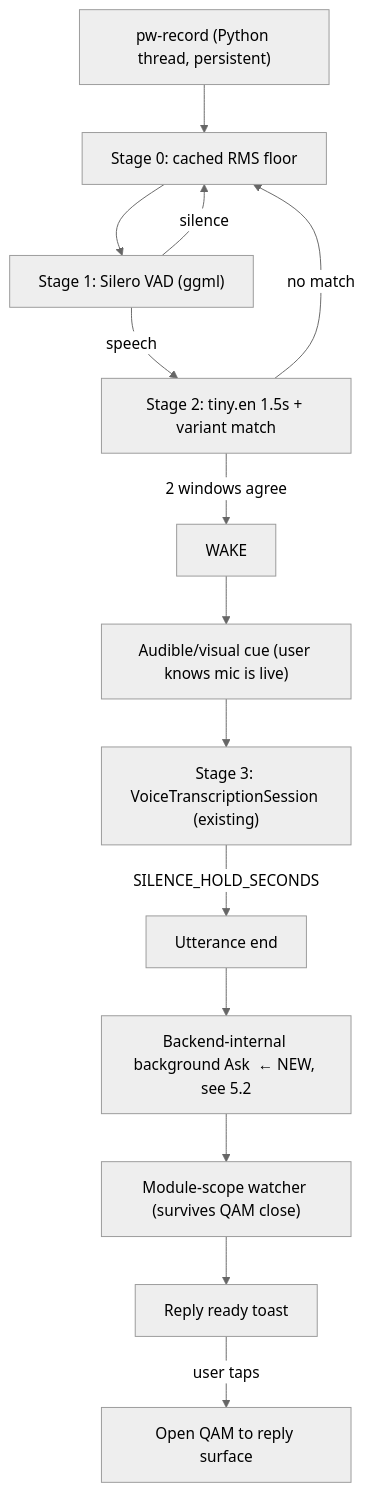
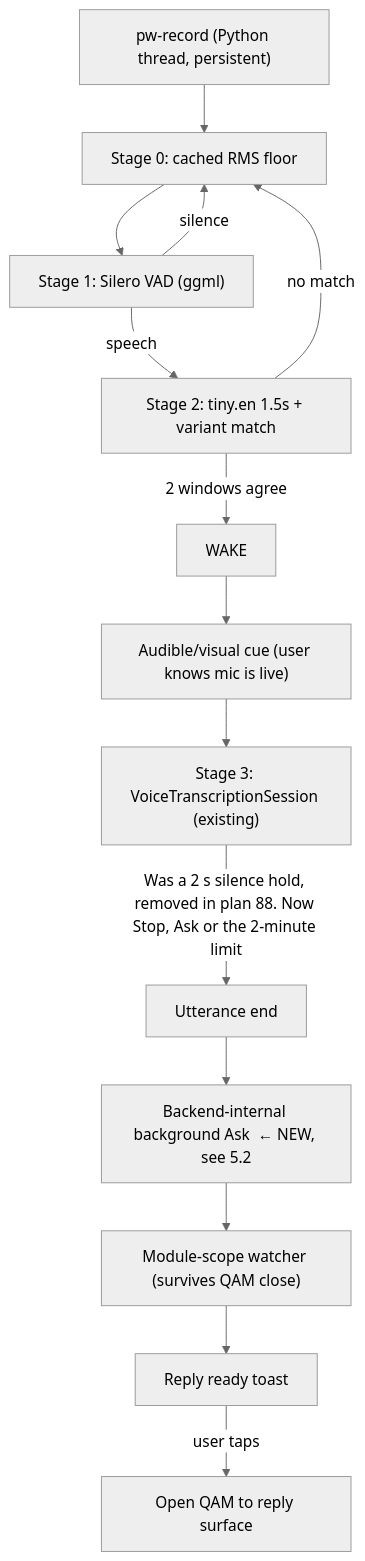
One commit to qd313/bonsAI changed the diagram in docs/planning/10-wake-word-listening-feasibility.md. Above: the diagram before and after it, drawn with Mermaid (neutral theme). The commit also changed other lines of this file, not shown here.

First line of the commit message:
Wake-word study: say the silence hold is gone

````diff
--- a/docs/planning/10-wake-word-listening-feasibility.md
+++ b/docs/planning/10-wake-word-listening-feasibility.md
@@ -366,16 +366,16 @@
 ```mermaid
 flowchart TD
   cap["pw-record (Python thread, persistent)"] --> rms["Stage 0: cached RMS floor"]
   rms --> vad["Stage 1: Silero VAD (ggml)"]
   vad -->|speech| kw["Stage 2: tiny.en 1.5s + variant match"]
   vad -->|silence| rms
   kw -->|no match| rms
   kw -->|2 windows agree| wake["WAKE"]
   wake --> chime["Audible/visual cue (user knows mic is live)"]
   chime --> stt["Stage 3: VoiceTranscriptionSession (existing)"]
-  stt -->|SILENCE_HOLD_SECONDS| utt["Utterance end"]
+  stt -->|"Was a 2 s silence hold, removed in plan 88. Now Stop, Ask or the 2-minute limit"| utt["Utterance end"]
   utt --> ask["Backend-internal background Ask  ← NEW, see 5.2"]
   ask --> poll["Module-scope watcher (survives QAM close)"]
   poll --> toast["Reply ready toast"]
   toast -->|user taps| qam["Open QAM to reply surface"]
 ```
````
